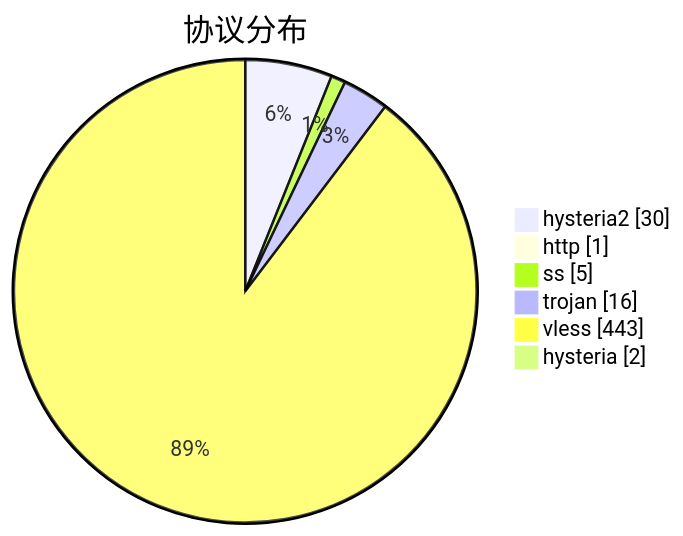
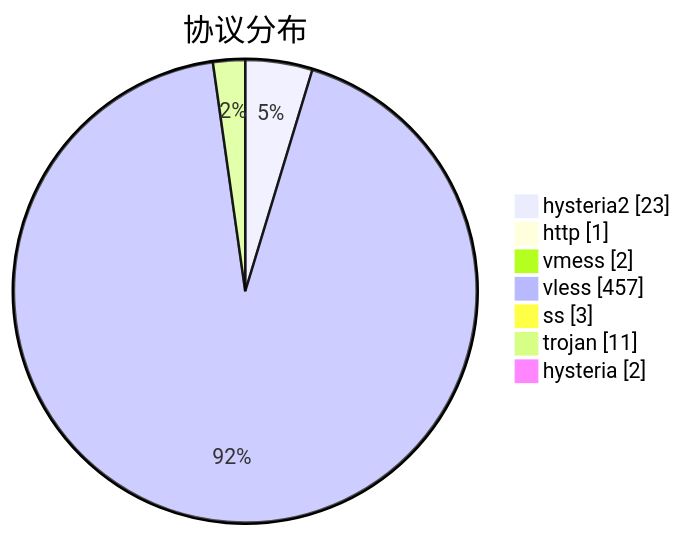
One commit to sinspired/airport changed the third of 3 diagrams in subs/statistics/tested_within.md. Above: the diagram before and after it, drawn with Mermaid. The commit also changed other lines of this file and 2 other files, not shown here.

````diff
--- a/subs/statistics/tested_within.md
+++ b/subs/statistics/tested_within.md
@@ -38,10 +35,11 @@
 ```mermaid
 pie showData
 title 协议分布
-"hysteria2" : 30
+"hysteria2" : 23
 "http" : 1
-"ss" : 5
-"trojan" : 16
-"vless" : 443
+"vmess" : 2
+"vless" : 457
+"ss" : 3
+"trojan" : 11
 "hysteria" : 2
 ```
````
